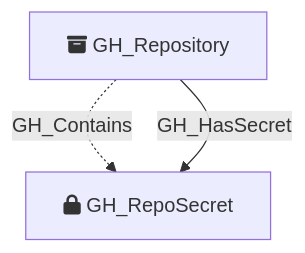
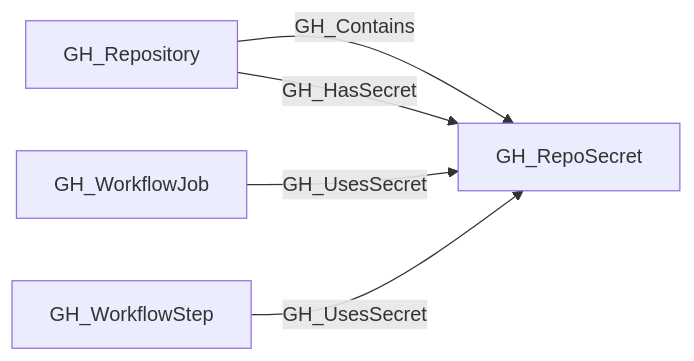
Before and after one commit to SpecterOps/bloodhound-docs: the second of 2 diagrams in docs/opengraph/extensions/github/nodes/gh_reposecret.mdx, drawn with Mermaid. The commit also changed other lines of this file and 292 other files, not shown here.

````diff
--- a/docs/opengraph/extensions/github/nodes/gh_reposecret.mdx
+++ b/docs/opengraph/extensions/github/nodes/gh_reposecret.mdx
@@ -45,9 +50,12 @@
 ```mermaid
-flowchart TD
-    GH_RepoSecret[fa:fa-lock GH_RepoSecret]
-    GH_Repository[fa:fa-box-archive GH_Repository]
+flowchart LR
 
-
-    GH_Repository -.->|GH_Contains| GH_RepoSecret
-    GH_Repository -->|GH_HasSecret| GH_RepoSecret
+    GH_RepoSecret["GH_RepoSecret"]
+    GH_Repository["GH_Repository"]
+    GH_WorkflowJob["GH_WorkflowJob"]
+    GH_WorkflowStep["GH_WorkflowStep"]
+    GH_Repository -- GH_Contains --> GH_RepoSecret
+    GH_Repository -- GH_HasSecret --> GH_RepoSecret
+    GH_WorkflowJob -- GH_UsesSecret --> GH_RepoSecret
+    GH_WorkflowStep -- GH_UsesSecret --> GH_RepoSecret
 ```
````
